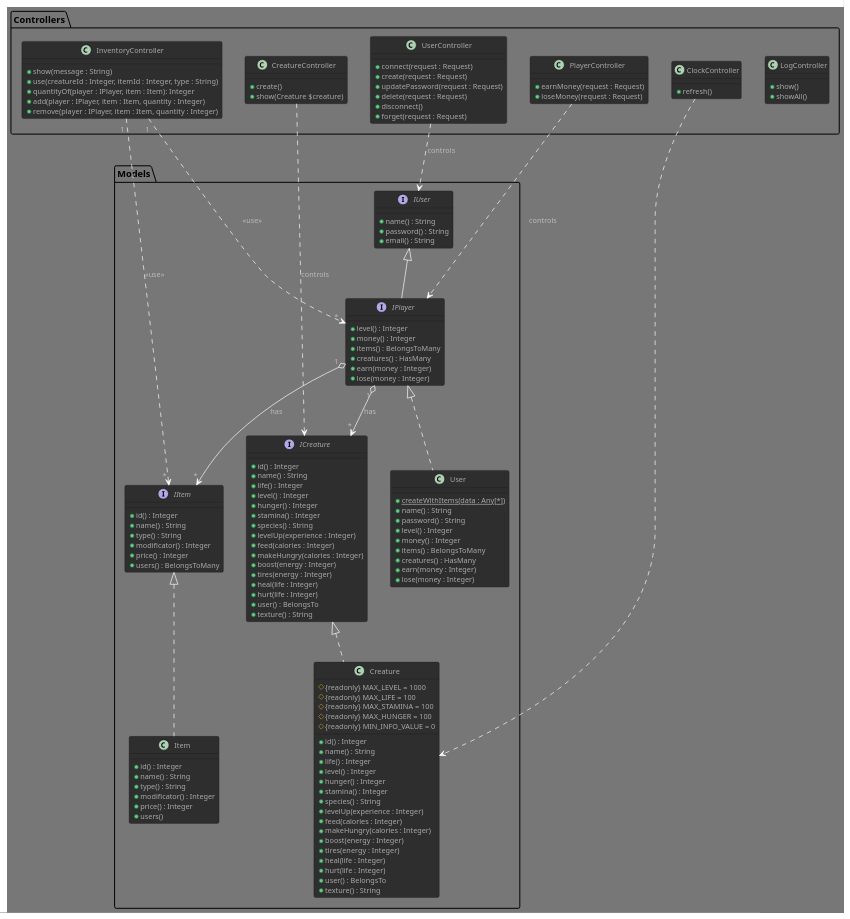
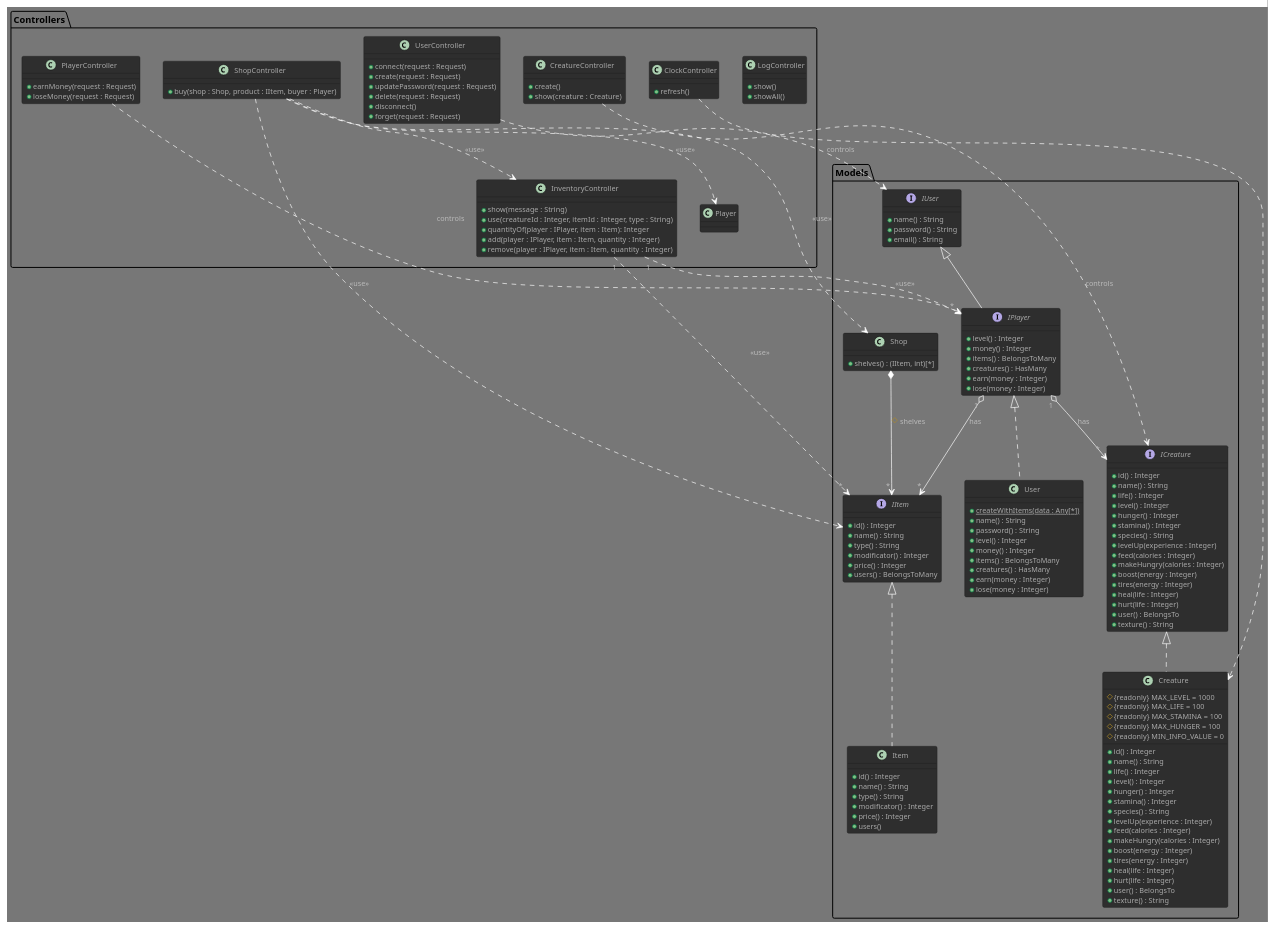
The diagram in VirtualNoe.puml (GlazKrovi/VirtualNoe), drawn with PlantUML before and after one commit. The commit also changed 2 other files, not shown here.

Commit message:
init shop

```diff
--- a/VirtualNoe.puml
+++ b/VirtualNoe.puml
@@ -1,151 +1,164 @@
 @startuml VirtualNoe
 
 !theme reddress-darkgreen
 
 package Models
 {
     interface IUser {
         + name() : String
         + password() : String
         + email() : String
     }
 
     interface IPlayer extends IUser
     {
         + level() : Integer /' sum of his creatures' exp '/
         + money() : Integer
         + items() : BelongsToMany
         + creatures() : HasMany
         + earn(money : Integer)
         + lose(money : Integer)
     }
     IPlayer" 1 " o--> " * "IItem : has
     IPlayer" 1 " o--> " * "ICreature : has
 
     class User implements IPlayer
     {
         + {static} createWithItems(data : Any[*])
         + name() : String
         + password() : String
         + level() : Integer
         + money() : Integer
         + items() : BelongsToMany
         + creatures() : HasMany
         + earn(money : Integer)
         + lose(money : Integer)
     }
 
     interface IItem
     {
         + id() : Integer
         + name() : String
         + type() : String
         + modificator() : Integer   
         + price() : Integer
         + users() : BelongsToMany /' get owners '/
     }
 
     class Item implements IItem
     {
         + id() : Integer
         + name() : String
         + type() : String
         + modificator() : Integer   
         + price() : Integer
         + users()
     }
 
     interface ICreature
     {
         + id() : Integer
         + name() : String
         + life() : Integer
         + level() : Integer
         + hunger() : Integer
         + stamina() : Integer
         + species() : String
         + levelUp(experience : Integer)
         + feed(calories : Integer) 
         + makeHungry(calories : Integer) 
         + boost(energy : Integer) 
         + tires(energy : Integer) 
         + heal(life : Integer) 
         + hurt(life : Integer) 
         + user() : BelongsTo
         + texture() : String
     }
 
     class Creature implements ICreature
     {
         # {readonly} MAX_LEVEL = 1000
         # {readonly} MAX_LIFE = 100
         # {readonly} MAX_STAMINA = 100
         # {readonly} MAX_HUNGER = 100
         # {readonly} MIN_INFO_VALUE = 0
         + id() : Integer
         + name() : String
         + life() : Integer
         + level() : Integer
         + hunger() : Integer
         + stamina() : Integer
         + species() : String
         + levelUp(experience : Integer)
         + feed(calories : Integer) 
         + makeHungry(calories : Integer) 
         + boost(energy : Integer) 
         + tires(energy : Integer) 
         + heal(life : Integer) 
         + hurt(life : Integer) 
         + user() : BelongsTo
         + texture() : String
     }
+
+    class Shop {
+        + shelves() : (IItem, int)[*]
+    }
+    Shop *--> " * "IItem : # shelves /' <IItem, int> Item-Price '/
 }
 
 package Controllers
 {
     class LogController
     {
         +  show()
         +  showAll()
     }
 
     class InventoryController   /' use IPlayer '/
     {
         + show(message : String)
         + use(creatureId : Integer, itemId : Integer, type : String)
         + quantityOf(player : IPlayer, item : Item): Integer
         + add(player : IPlayer, item : Item, quantity : Integer)
         + remove(player : IPlayer, item : Item, quantity : Integer)
     }
     InventoryController" 1 " ..> " * "IPlayer : <<use>>
     InventoryController" 1 " ..> " * "IItem : <<use>>
 
     class UserController {
         + connect(request : Request)
         + create(request : Request)
         + updatePassword(request : Request)
         + delete(request : Request)
         + disconnect()
         + forget(request : Request)
     }
     UserController ..> IUser : controls
 
     class PlayerController {
         + earnMoney(request : Request)
         + loseMoney(request : Request)
     }
     PlayerController ..> IPlayer : controls
 
     class CreatureController {
         + create()
-        + show(Creature $creature)
+        + show(creature : Creature)
     }
     CreatureController ..> ICreature : controls
 
     class ClockController{
         + refresh()
     }
     ClockController ..> Creature
+
+    class ShopController {
+        + buy(shop : Shop, product : IItem, buyer : Player)
+    }
+    ShopController ..> Shop : <<use>>
+    ShopController ..> IItem : <<use>>
+    ShopController ..> Player : <<use>>
+    ShopController ..> InventoryController : <<use>>
 }
 
 @enduml
```
